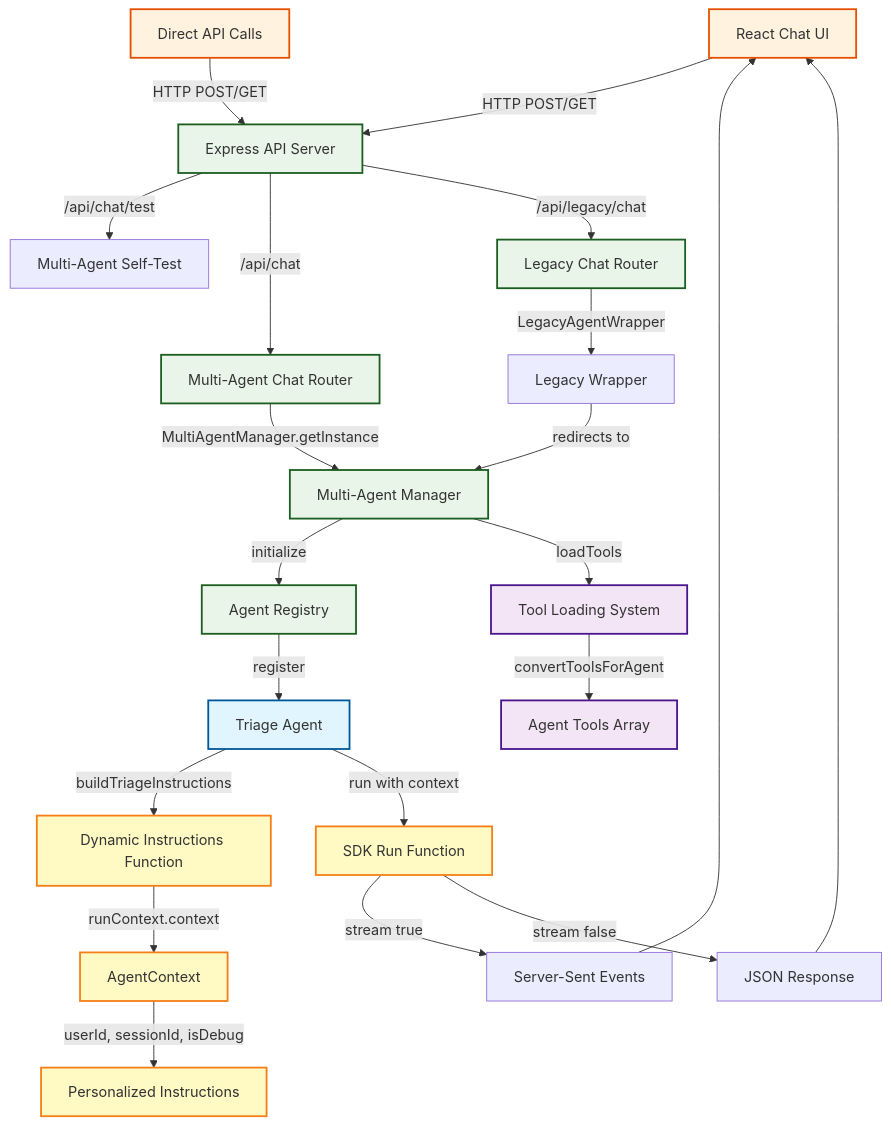
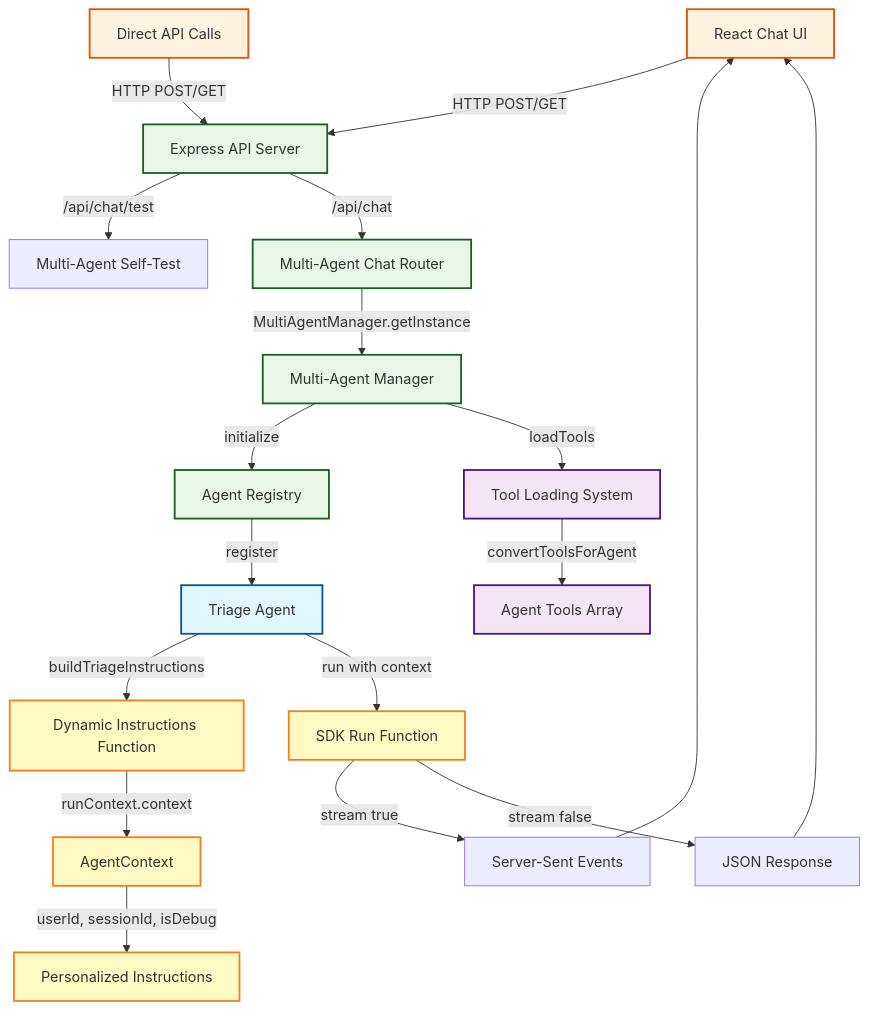
The first of 2 diagrams in AGENT_ARCHITECTURE.md (dudgeon/waddle-demo), drawn with Mermaid before and after one commit. The commit also changed other lines of this file and 5 other files, not shown here.

First line of the commit message:
feat: remove legacy chat system and simplify architecture

````diff
--- a/AGENT_ARCHITECTURE.md
+++ b/AGENT_ARCHITECTURE.md
@@ -15,49 +15,44 @@
 ```mermaid
 graph TB
     %% User Entry Points
     UI[React Chat UI] --> |HTTP POST/GET| API[Express API Server]
     CURL[Direct API Calls] --> |HTTP POST/GET| API
     
-    %% API Layer (Multi-Agent + Legacy)
+    %% API Layer (Multi-Agent System)
     API --> |/api/chat/test| MATEST[Multi-Agent Self-Test]
     API --> |/api/chat| MAROUTER[Multi-Agent Chat Router]
-    API --> |/api/legacy/chat| LEGACY[Legacy Chat Router]
     
     %% Multi-Agent System (Primary)
     MAROUTER --> |MultiAgentManager.getInstance| MANAGER[Multi-Agent Manager]
     MANAGER --> |initialize| REGISTRY[Agent Registry]
     REGISTRY --> |register| TRIAGE[Triage Agent]
     
     %% Agent Runtime Configuration
     TRIAGE --> |buildTriageInstructions| DYNCONFIG[Dynamic Instructions Function]
     DYNCONFIG --> |runContext.context| CONTEXT[AgentContext]
     CONTEXT --> |userId, sessionId, isDebug| PERSONALIZED[Personalized Instructions]
     
     %% Tool System
     MANAGER --> |loadTools| TOOLSYS[Tool Loading System]
     TOOLSYS --> |convertToolsForAgent| AGENTTOOLS[Agent Tools Array]
-    
-    %% Legacy Compatibility
-    LEGACY --> |LegacyAgentWrapper| WRAPPER[Legacy Wrapper]
-    WRAPPER --> |redirects to| MANAGER
     
     %% Response Flow
     TRIAGE --> |run with context| SDKRUN[SDK Run Function]
     SDKRUN --> |stream true| SSE[Server-Sent Events]
     SDKRUN --> |stream false| JSON[JSON Response]
     SSE --> UI
     JSON --> UI
     
     %% Styling
     classDef agent fill:#e1f5fe,stroke:#01579b,stroke-width:2px
     classDef tool fill:#f3e5f5,stroke:#4a148c,stroke-width:2px
     classDef api fill:#e8f5e8,stroke:#1b5e20,stroke-width:2px
     classDef ui fill:#fff3e0,stroke:#e65100,stroke-width:2px
     classDef runtime fill:#fff9c4,stroke:#f57f17,stroke-width:2px
     
     class TRIAGE agent
     class TOOLSYS,AGENTTOOLS tool
-    class API,MAROUTER,LEGACY,MANAGER,REGISTRY api
+    class API,MAROUTER,MANAGER,REGISTRY api
     class UI,CURL ui
     class DYNCONFIG,CONTEXT,PERSONALIZED,SDKRUN runtime
 ```
````
